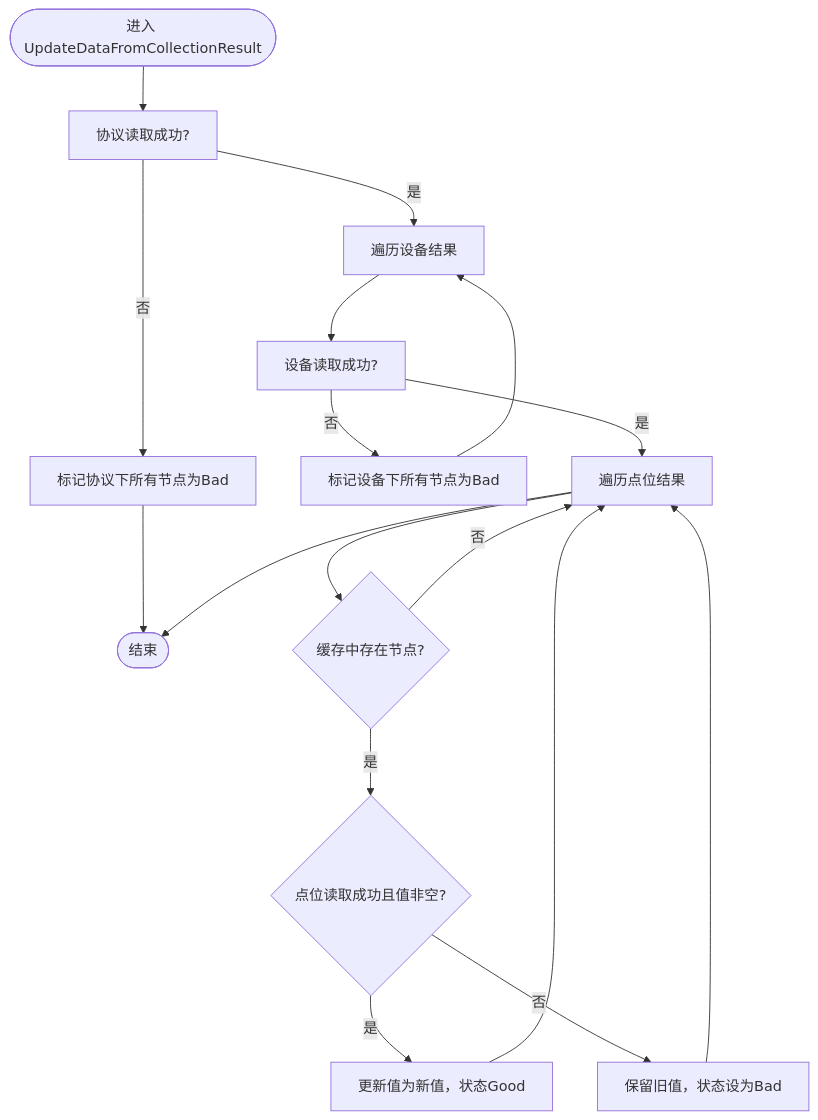
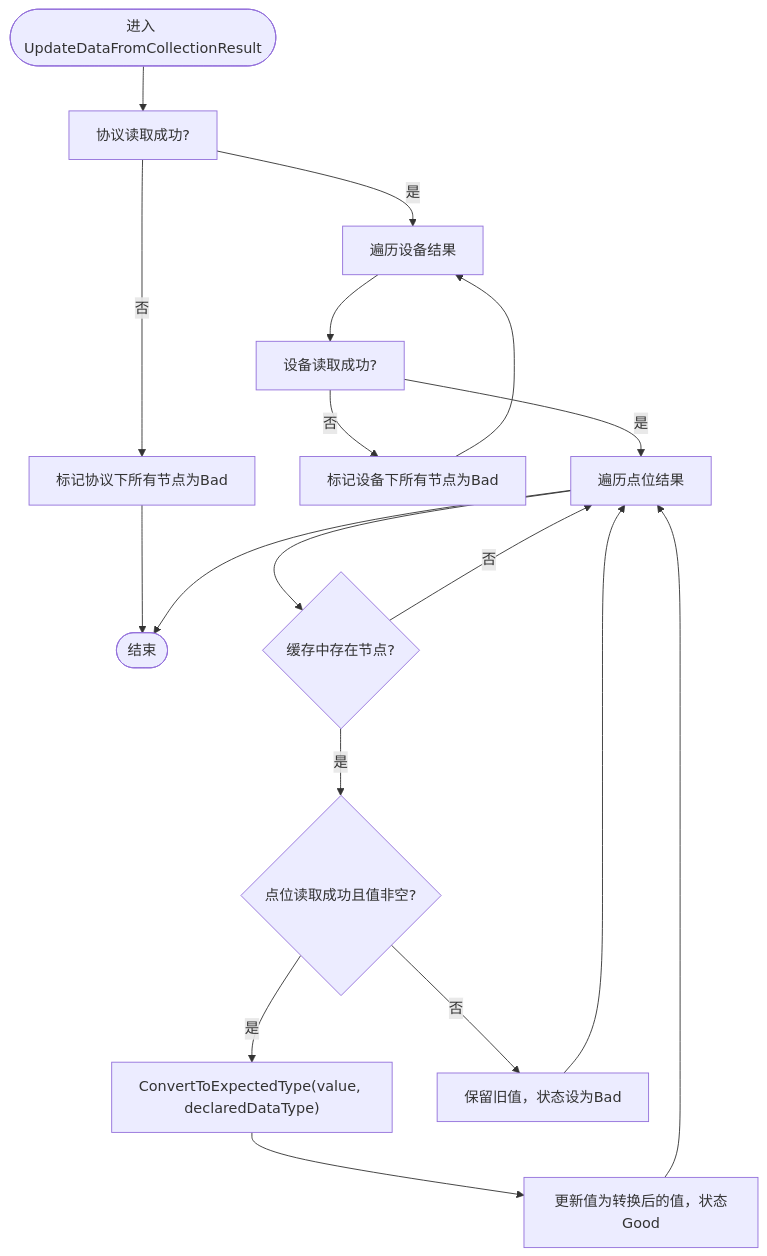
One commit to whitemousetl/IndustrialDataSolution changed the fourth of 11 diagrams in .qoder/repowiki/zh/content/OPC UA集成/OPC UA集成.md. Above: the diagram before and after it, drawn with Mermaid. The commit also changed other lines of this file and 18 other files, not shown here.

````diff
--- a/.qoder/repowiki/zh/content/OPC UA集成/OPC UA集成.md
+++ b/.qoder/repowiki/zh/content/OPC UA集成/OPC UA集成.md
@@ -169,19 +203,20 @@
 ```mermaid
 flowchart TD
 Start(["进入 UpdateDataFromCollectionResult"]) --> CheckProtocol["协议读取成功?"]
 CheckProtocol --> |否| MarkProtocolBad["标记协议下所有节点为Bad"]
 MarkProtocolBad --> End(["结束"])
 CheckProtocol --> |是| LoopEq["遍历设备结果"]
 LoopEq --> CheckEq["设备读取成功?"]
 CheckEq --> |否| MarkEqBad["标记设备下所有节点为Bad"]
 MarkEqBad --> LoopEq
 CheckEq --> |是| LoopPt["遍历点位结果"]
 LoopPt --> FindNode{"缓存中存在节点?"}
 FindNode --> |否| LoopPt
 FindNode --> |是| PtSuccess{"点位读取成功且值非空?"}
-PtSuccess --> |是| UpdateGood["更新值为新值，状态Good"]
+PtSuccess --> |是| ConvertType["ConvertToExpectedType(value, declaredDataType)"]
+ConvertType --> UpdateGood["更新值为转换后的值，状态Good"]
 PtSuccess --> |否| UpdateBad["保留旧值，状态设为Bad"]
 UpdateGood --> LoopPt
 UpdateBad --> LoopPt
 LoopPt --> End
 ```
````
